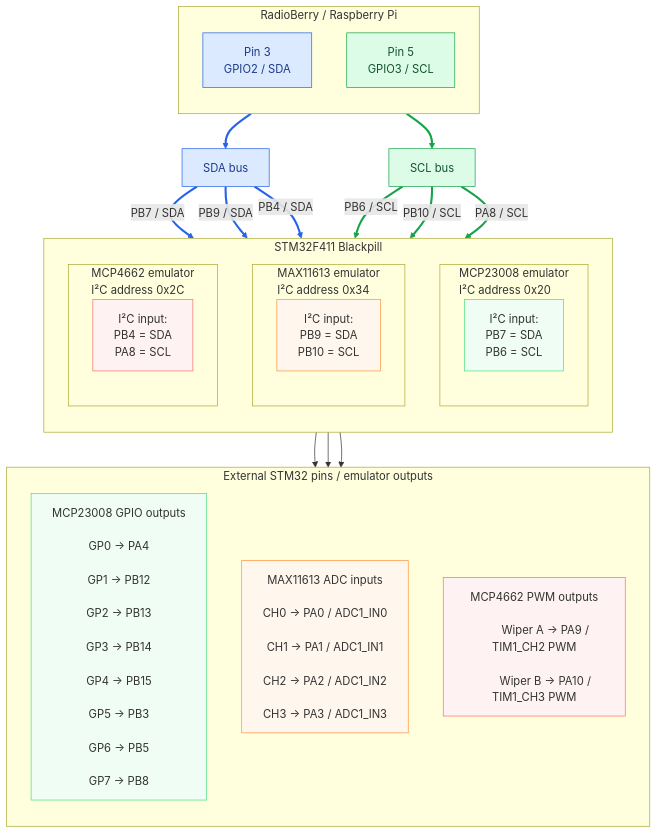
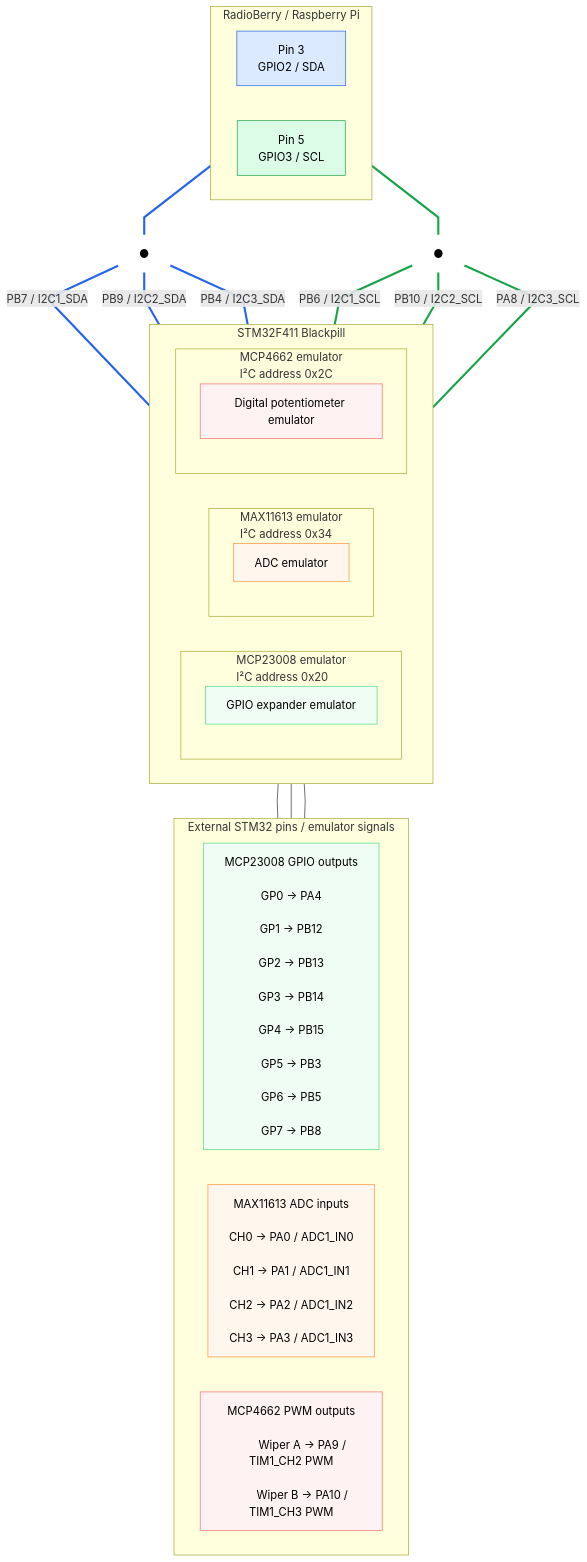
Before and after one commit to SQ5BAR/STM32-Radioberry-I2C-Expansion-Emulator: the diagram in diagram.md, drawn with Mermaid.

````diff
--- a/diagram.md
+++ b/diagram.md
@@ -1,77 +1,77 @@
 ```mermaid
+%%{init: {"flowchart": {"curve": "linear"}}}%%
 flowchart TB
 
-    classDef rpi stroke:#60a5fa,fill:#eff6ff;
-    classDef blackpill stroke:#9ca3af,fill:#f9fafb;
-    classDef mcp stroke:#4ade80,fill:#f0fdf4;
-    classDef max stroke:#fb923c,fill:#fff7ed;
-    classDef pot stroke:#f87171,fill:#fef2f2;
-    classDef sda stroke:#2563eb,fill:#dbeafe,color:#1e3a8a;
-    classDef scl stroke:#16a34a,fill:#dcfce7,color:#14532d;
-    classDef bus stroke:#111827,fill:#ffffff;
+    classDef rpi stroke:#60a5fa,fill:#eff6ff,color:#000;
+    classDef bp stroke:#9ca3af,fill:#f9fafb,color:#000;
+    classDef mcp stroke:#4ade80,fill:#f0fdf4,color:#000;
+    classDef max stroke:#fb923c,fill:#fff7ed,color:#000;
+    classDef pot stroke:#f87171,fill:#fef2f2,color:#000;
+    classDef sda stroke:#2563eb,fill:#dbeafe,color:#000;
+    classDef scl stroke:#16a34a,fill:#dcfce7,color:#000;
+    classDef dot stroke:transparent,fill:transparent,color:#000;
 
     %% =====================================================
     %% RADIOBERRY / RASPBERRY PI
     %% =====================================================
 
     subgraph RB["RadioBerry / Raspberry Pi"]
-    direction TB
+    direction LR
         RPI_SDA["Pin 3<br/>GPIO2 / SDA"]:::sda
         RPI_SCL["Pin 5<br/>GPIO3 / SCL"]:::scl
     end
 
     %% =====================================================
-    %% SIMPLE I2C BUS
+    %% I2C BUS SPLIT POINTS
     %% =====================================================
 
-    SDA_BUS["SDA bus"]:::sda
-    SCL_BUS["SCL bus"]:::scl
+    SDA_DOT["●"]:::dot
+    SCL_DOT["●"]:::dot
 
-    RPI_SDA --> SDA_BUS
-    RPI_SCL --> SCL_BUS
+    RPI_SDA --- SDA_DOT
+    RPI_SCL --- SCL_DOT
 
     %% =====================================================
-    %% BLACKPILL
+    %% STM32F411 BLACKPILL
     %% =====================================================
 
     subgraph BP["STM32F411 Blackpill"]
-    direction TB
+    direction LR
 
         subgraph MCP["MCP23008 emulator<br/>I²C address 0x20"]
         direction TB
-            MCP_IN["I²C input:<br/>PB7 = SDA<br/>PB6 = SCL"]:::mcp
+            MCP_TEXT["GPIO expander emulator"]:::mcp
         end
 
         subgraph MAX["MAX11613 emulator<br/>I²C address 0x34"]
         direction TB
-            MAX_IN["I²C input:<br/>PB9 = SDA<br/>PB10 = SCL"]:::max
+            MAX_TEXT["ADC emulator"]:::max
         end
 
         subgraph POT["MCP4662 emulator<br/>I²C address 0x2C"]
         direction TB
-            POT_IN["I²C input:<br/>PB4 = SDA<br/>PA8 = SCL"]:::pot
+            POT_TEXT["Digital potentiometer emulator"]:::pot
         end
     end
 
     %% =====================================================
-    %% STRAIGHT I2C CONNECTIONS
+    %% I2C CONNECTIONS
     %% =====================================================
 
-    SDA_BUS -->|"PB7 / SDA"| MCP_IN
-    SCL_BUS -->|"PB6 / SCL"| MCP_IN
+    SDA_DOT ---|"PB7 / I2C1_SDA"| MCP
+    SDA_DOT ---|"PB9 / I2C2_SDA"| MAX
+    SDA_DOT ---|"PB4 / I2C3_SDA"| POT
 
-    SDA_BUS -->|"PB9 / SDA"| MAX_IN
-    SCL_BUS -->|"PB10 / SCL"| MAX_IN
-
-    SDA_BUS -->|"PB4 / SDA"| POT_IN
-    SCL_BUS -->|"PA8 / SCL"| POT_IN
+    SCL_DOT ---|"PB6 / I2C1_SCL"| MCP
+    SCL_DOT ---|"PB10 / I2C2_SCL"| MAX
+    SCL_DOT ---|"PA8 / I2C3_SCL"| POT
 
     %% =====================================================
     %% EMULATOR OUTPUTS
     %% =====================================================
 
-    subgraph OUT["External STM32 pins / emulator outputs"]
-    direction TB
+    subgraph OUT["External STM32 pins / emulator signals"]
+    direction LR
 
         MCP_OUT["MCP23008 GPIO outputs<br/>
         GP0 → PA4<br/>
@@ -94,9 +94,9 @@
         Wiper B → PA10 / TIM1_CH3 PWM"]:::pot
     end
 
-    MCP_IN --> MCP_OUT
-    MAX_IN --> MAX_OUT
-    POT_IN --> POT_OUT
+    MCP --- MCP_OUT
+    MAX --- MAX_OUT
+    POT --- POT_OUT
 
     %% =====================================================
     %% LINE COLORS
@@ -106,10 +106,10 @@
     linkStyle 1 stroke:#16a34a,stroke-width:3px;
 
     linkStyle 2 stroke:#2563eb,stroke-width:3px;
+    linkStyle 3 stroke:#2563eb,stroke-width:3px;
     linkStyle 4 stroke:#2563eb,stroke-width:3px;
-    linkStyle 6 stroke:#2563eb,stroke-width:3px;
 
-    linkStyle 3 stroke:#16a34a,stroke-width:3px;
     linkStyle 5 stroke:#16a34a,stroke-width:3px;
+    linkStyle 6 stroke:#16a34a,stroke-width:3px;
     linkStyle 7 stroke:#16a34a,stroke-width:3px;
 ```
````
